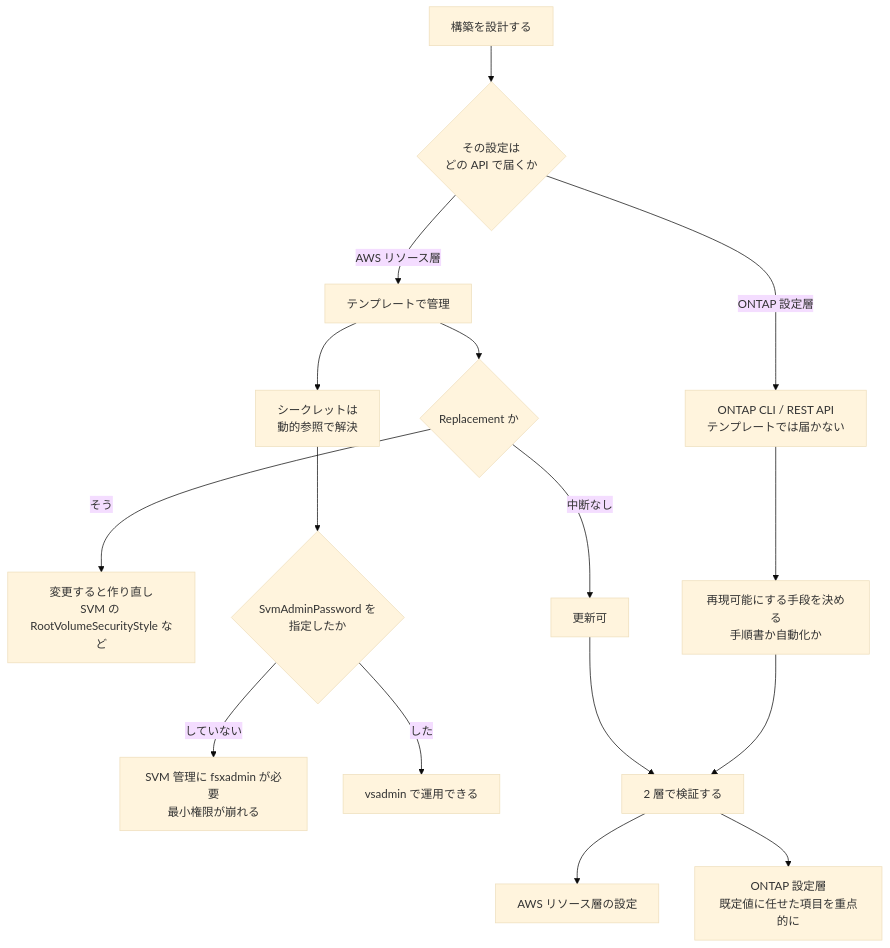
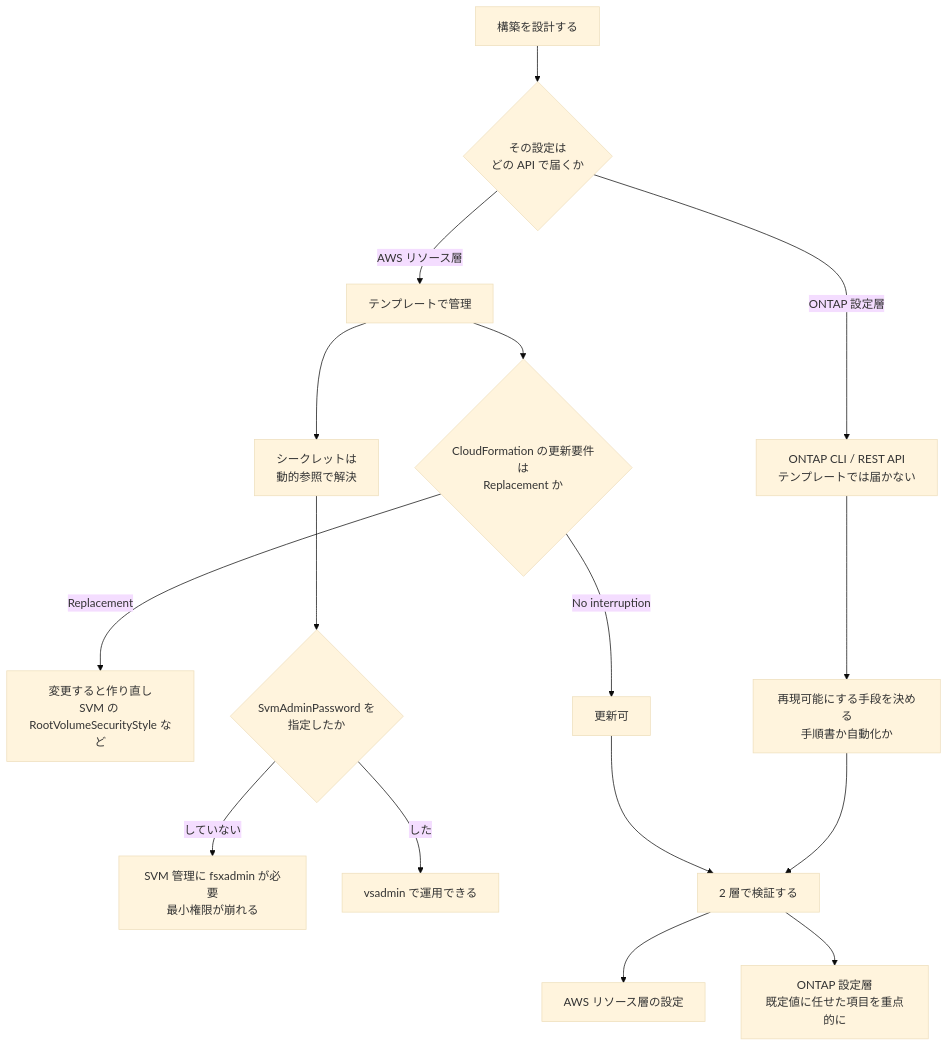
The diagram in docs/ja/playbooks/04-build/notes/what-iac-cannot-reach.md (Yoshiki0705/FSx-for-ONTAP-Adoption-Playbook), drawn with Mermaid (base theme) before and after one commit. The commit also changed other lines of this file and 257 other files, not shown here.

````diff
--- a/docs/ja/playbooks/04-build/notes/what-iac-cannot-reach.md
+++ b/docs/ja/playbooks/04-build/notes/what-iac-cannot-reach.md
@@ -173,22 +198,22 @@
 ```mermaid
 graph TD
     A[構築を設計する] --> B{その設定は<br/>どの API で届くか}
     B -->|AWS リソース層| T[テンプレートで管理]
     B -->|ONTAP 設定層| O["ONTAP CLI / REST API<br/>テンプレートでは届かない"]
 
-    T --> REPL{Replacement か}
-    REPL -->|そう| CARE["変更すると作り直し<br/>SVM の RootVolumeSecurityStyle など"]
-    REPL -->|中断なし| OK[更新可]
+    T --> REPL{CloudFormation の更新要件は<br/>Replacement か}
+    REPL -->|Replacement| CARE["変更すると作り直し<br/>SVM の RootVolumeSecurityStyle など"]
+    REPL -->|No interruption| OK[更新可]
 
     O --> REPRO[再現可能にする手段を決める<br/>手順書か自動化か]
 
     T --> SEC[シークレットは<br/>動的参照で解決]
     SEC --> VSADMIN{SvmAdminPassword を<br/>指定したか}
     VSADMIN -->|していない| ESCALATE["SVM 管理に fsxadmin が必要<br/>最小権限が崩れる"]
     VSADMIN -->|した| LEAST[vsadmin で運用できる]
 
     REPRO --> VERIFY[2 層で検証する]
     OK --> VERIFY
     VERIFY --> V1[AWS リソース層の設定]
     VERIFY --> V2["ONTAP 設定層<br/>既定値に任せた項目を重点的に"]
 ```
````
